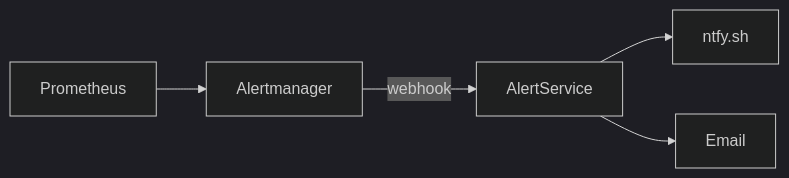
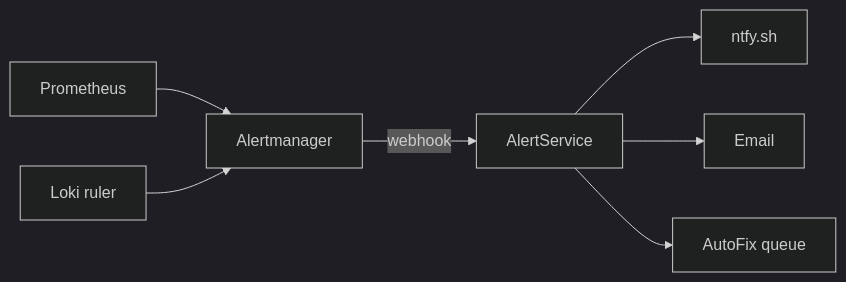
The second of 2 diagrams in docs/OBSERVABILITY.md (jpansarasa/ATLAS-Docs), drawn with Mermaid (dark theme) before and after one commit. The commit also changed other lines of this file and 8 other files, not shown here.

````diff
--- a/docs/OBSERVABILITY.md
+++ b/docs/OBSERVABILITY.md
@@ -326,7 +349,9 @@
 ```mermaid
 flowchart LR
     P[Prometheus] --> AM[Alertmanager]
+    L[Loki ruler] --> AM
     AM -->|webhook| AS[AlertService]
     AS --> N[ntfy.sh]
     AS --> E[Email]
+    AS --> AF[AutoFix queue]
 ```
````
